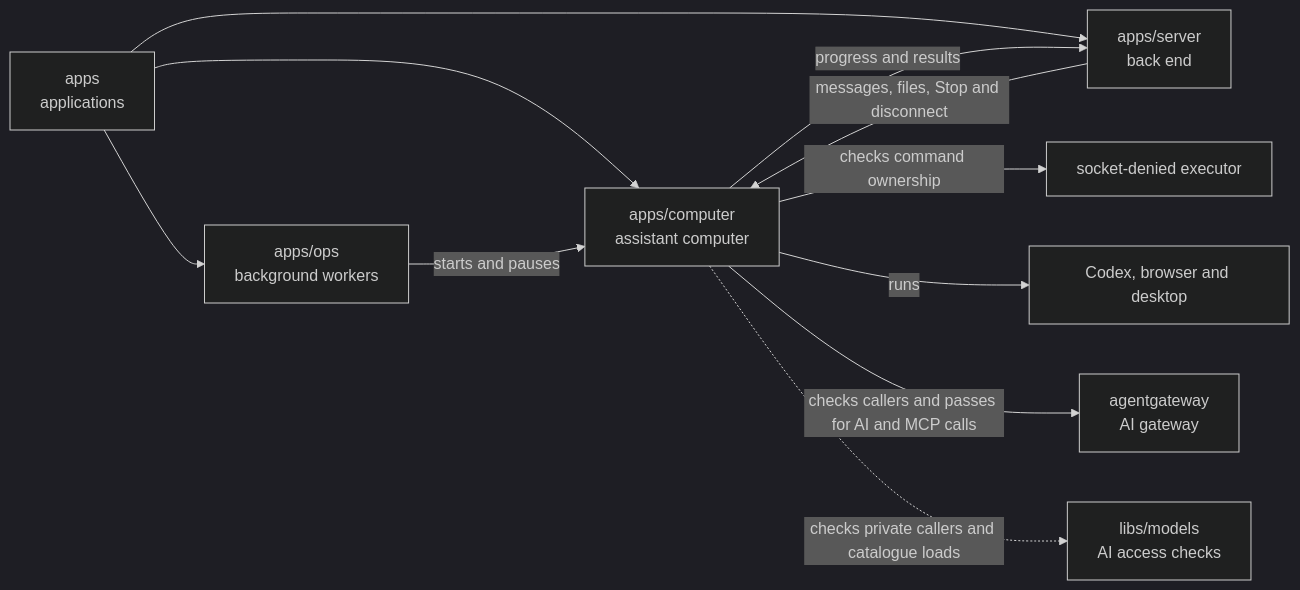
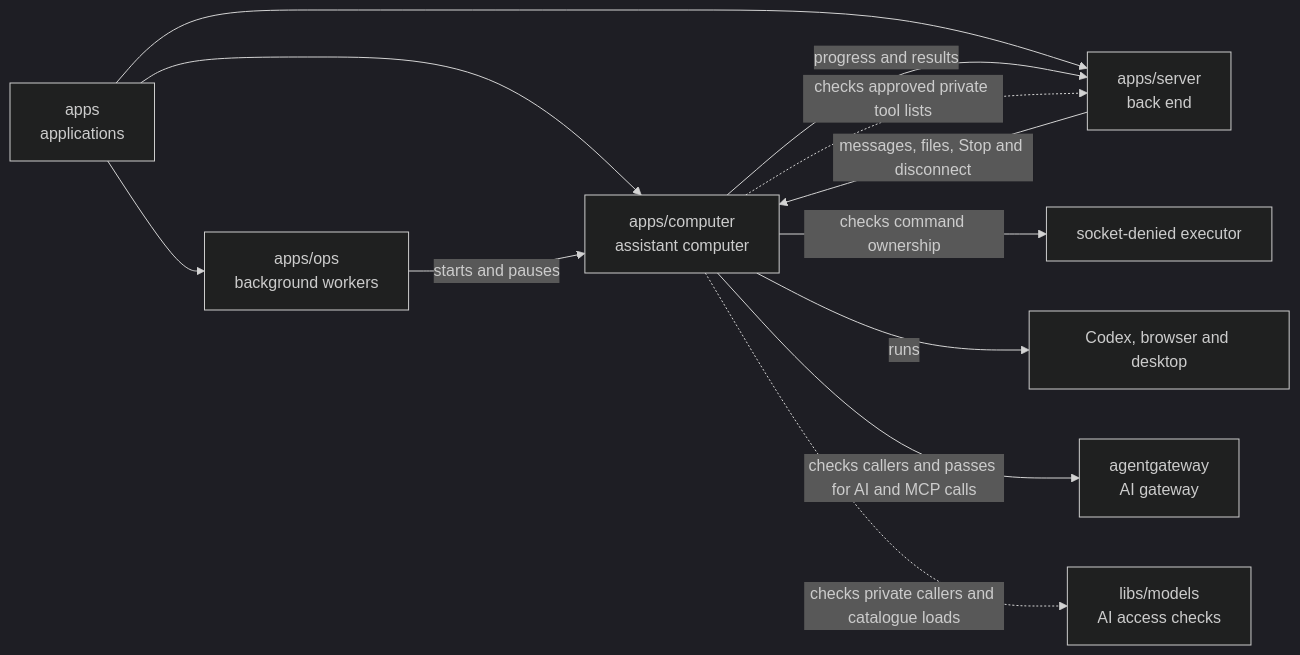
One commit to elewa-git/opencrane-new changed the diagram in apps/computer/README.md. Above: the diagram before and after it, drawn with Mermaid (dark theme). The commit also changed other lines of this file and 10 other files, not shown here.

````diff
--- a/apps/computer/README.md
+++ b/apps/computer/README.md
@@ -16,13 +16,14 @@
 ```mermaid
 flowchart LR
   apps["apps<br/>applications"] --> computer["apps/computer<br/>assistant computer"]
   apps --> ops["apps/ops<br/>background workers"]
   apps --> server["apps/server<br/>back end"]
   ops -->|starts and pauses| computer
   server -->|messages, files, Stop and disconnect| computer
   computer -->|progress and results| server
+  computer -.->|checks approved private tool lists| server
   computer -->|checks command ownership| executor["socket-denied executor"]
   computer -->|runs| desktop["Codex, browser and desktop"]
   computer -->|checks callers and passes for AI and MCP calls| gateway["agentgateway<br/>AI gateway"]
   computer -.->|checks private callers and catalogue loads| models["libs/models<br/>AI access checks"]
 ```
````
